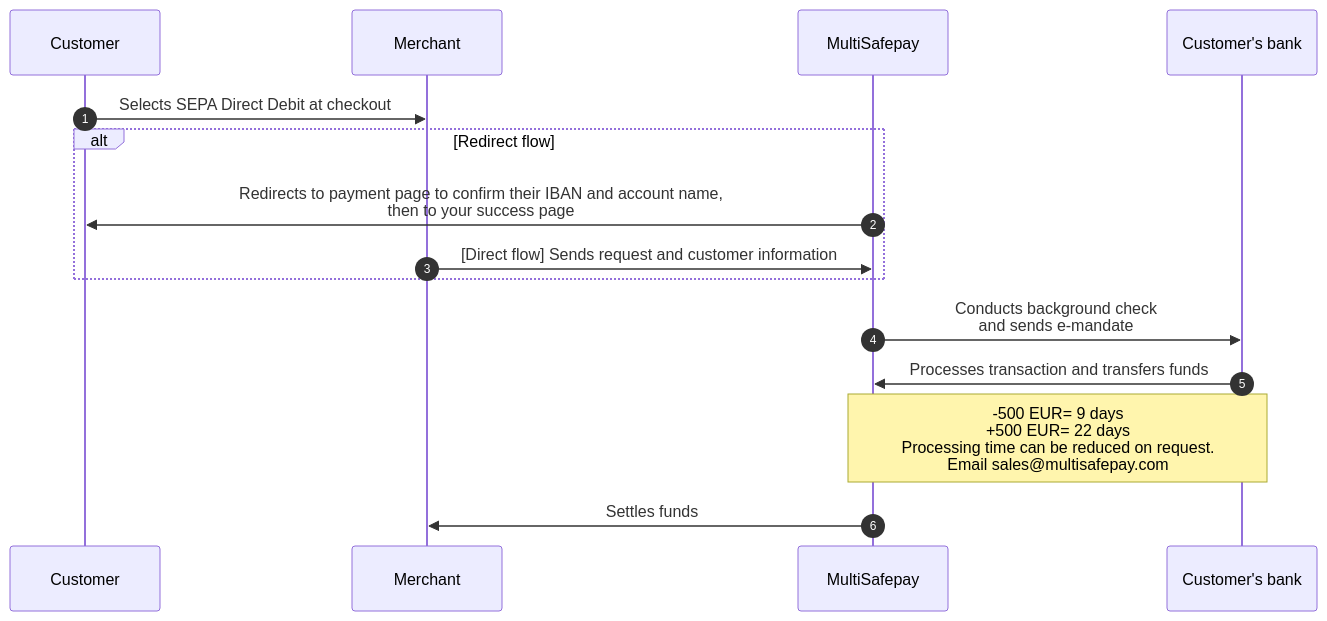
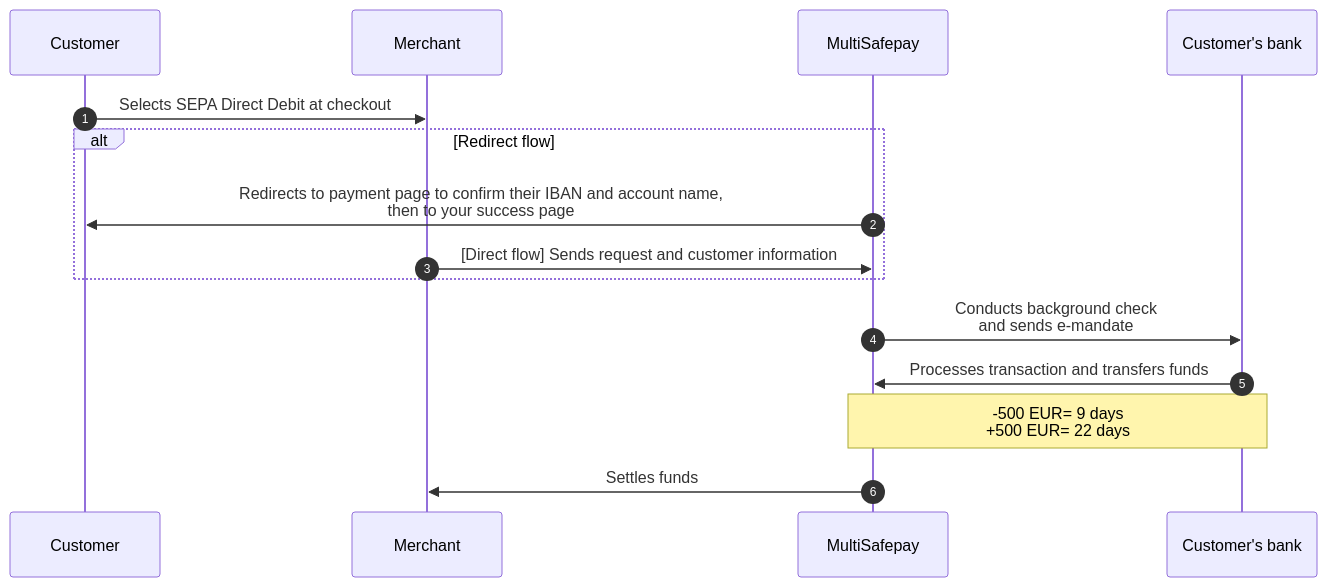
Before and after one commit to MultiSafepay/docs: the diagram in static/diagrams/src/sepa-direct-debit-payment-flow.mmd, drawn with Mermaid. The commit also changed 1 other file, not shown here.

Commit message:
DOCS-3462: Clarify SEPA processing times

```diff
--- a/static/diagrams/src/sepa-direct-debit-payment-flow.mmd
+++ b/static/diagrams/src/sepa-direct-debit-payment-flow.mmd
@@ -1,16 +1,16 @@
 sequenceDiagram
     autonumber
     participant C as Customer
     participant Me as Merchant
     participant Mu as MultiSafepay
     participant CB as Customer's bank
     
     C->>Me: Selects SEPA Direct Debit at checkout
     alt Redirect flow
     Mu->>C: Redirects to payment page to confirm their IBAN and account name, <br> then to your success page
     Me->>Mu: [Direct flow] Sends request and customer information
     end
     Mu->>CB: Conducts background check <br> and sends e-mandate
     CB->>Mu: Processes transaction and transfers funds 
-    Note over CB,Mu: -500 EUR= 9 days <br> +500 EUR= 22 days <br> Processing time can be reduced on request. <br> Email sales@multisafepay.com
+    Note over CB,Mu: -500 EUR= 9 days <br> +500 EUR= 22 days
     Mu->>Me: Settles funds
```
